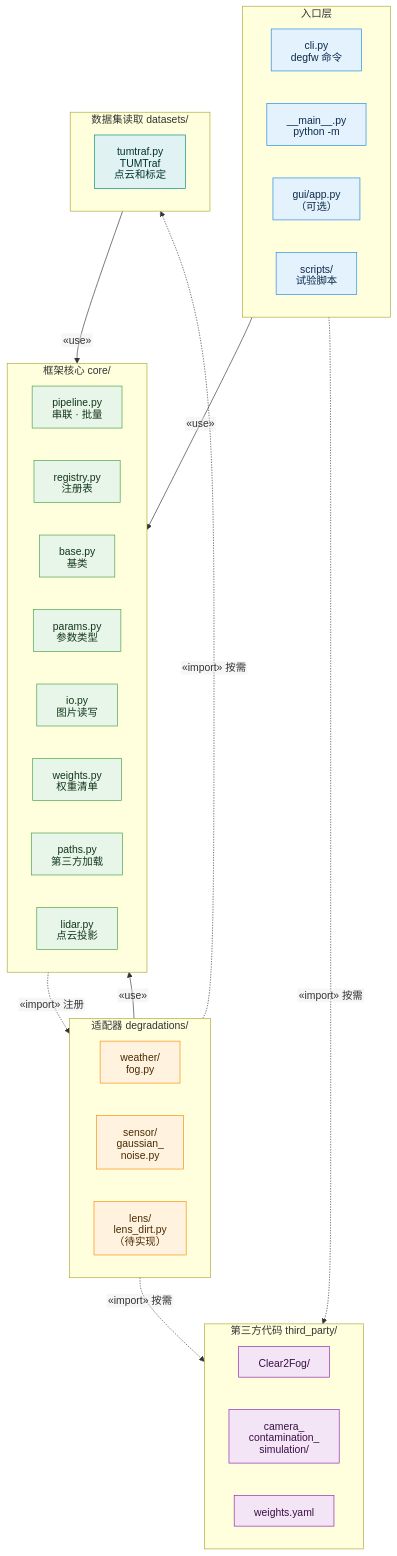
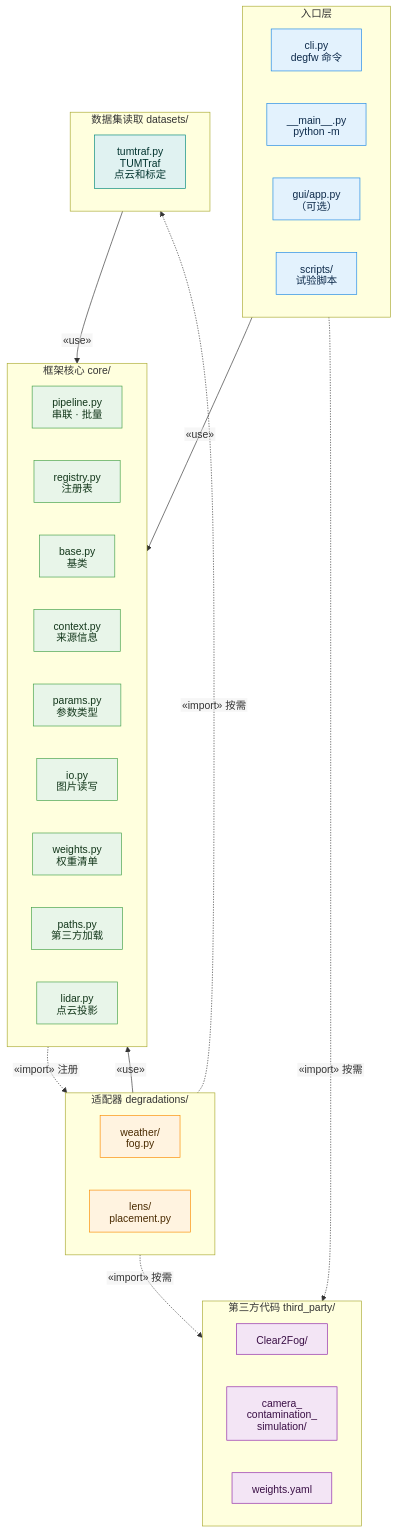
One commit to Tommy6015/degradation-framework changed the first of 4 diagrams in doc/architecture.md. Above: the diagram before and after it, drawn with Mermaid. The commit also changed other lines of this file and 38 other files, not shown here.

````diff
--- a/doc/architecture.md
+++ b/doc/architecture.md
@@ -17,56 +17,56 @@
 ```mermaid
 %%{init: {"htmlLabels": false, "flowchart": {"htmlLabels": false, "wrappingWidth": 400}}}%%
 flowchart TB
     subgraph L1["入口层"]
         cli["cli.py<br/>degfw 命令"]
         main["__main__.py<br/>python -m"]
         gui["gui/app.py<br/>（可选）"]
         scripts["scripts/<br/>试验脚本"]
     end
 
     subgraph L2["框架核心 core/"]
         pipeline["pipeline.py<br/>串联 · 批量"]
         registry["registry.py<br/>注册表"]
         base["base.py<br/>基类"]
+        context["context.py<br/>来源信息"]
         params["params.py<br/>参数类型"]
         io["io.py<br/>图片读写"]
         weights["weights.py<br/>权重清单"]
         paths["paths.py<br/>第三方加载"]
         lidar["lidar.py<br/>点云投影"]
     end
 
     subgraph L3["适配器 degradations/"]
         fog["weather/<br/>fog.py"]
-        noise["sensor/<br/>gaussian_<br/>noise.py"]
-        lens["lens/<br/>lens_dirt.py<br/>（待实现）"]
+        lens["lens/<br/>placement.py"]
     end
 
     subgraph L5["数据集读取 datasets/"]
         tumtraf["tumtraf.py<br/>TUMTraf<br/>点云和标定"]
     end
 
     subgraph L4["第三方代码 third_party/"]
         c2f["Clear2Fog/"]
         ccs["camera_<br/>contamination_<br/>simulation/"]
         wyaml["weights.yaml"]
     end
 
     L1 -->|"«use»"| L2
     L3 -->|"«use»"| L2
     L2 -.->|"«import» 注册"| L3
     L3 -.->|"«import» 按需"| L4
     L3 -.->|"«import» 按需"| L5
     L5 -->|"«use»"| L2
     L1 -.->|"«import» 按需"| L4
 
     classDef layer1 fill:#E3F2FD,stroke:#1E88E5,color:#0D2A4A
     classDef layer2 fill:#E8F5E9,stroke:#43A047,color:#12361A
     classDef layer3 fill:#FFF3E0,stroke:#FB8C00,color:#4A2B00
     classDef layer4 fill:#F3E5F5,stroke:#8E24AA,color:#3A0F45
     classDef layer5 fill:#E0F2F1,stroke:#00897B,color:#00332E
     class cli,main,gui,scripts layer1
-    class pipeline,registry,base,params,io,weights,paths,lidar layer2
-    class fog,noise,lens layer3
+    class pipeline,registry,base,context,params,io,weights,paths,lidar layer2
+    class fog,lens layer3
     class c2f,ccs,wyaml layer4
     class tumtraf layer5
 ```
````
